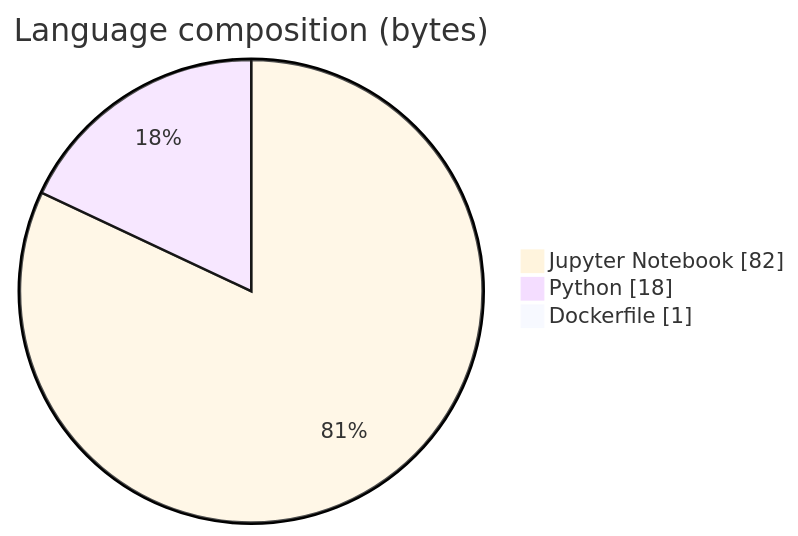
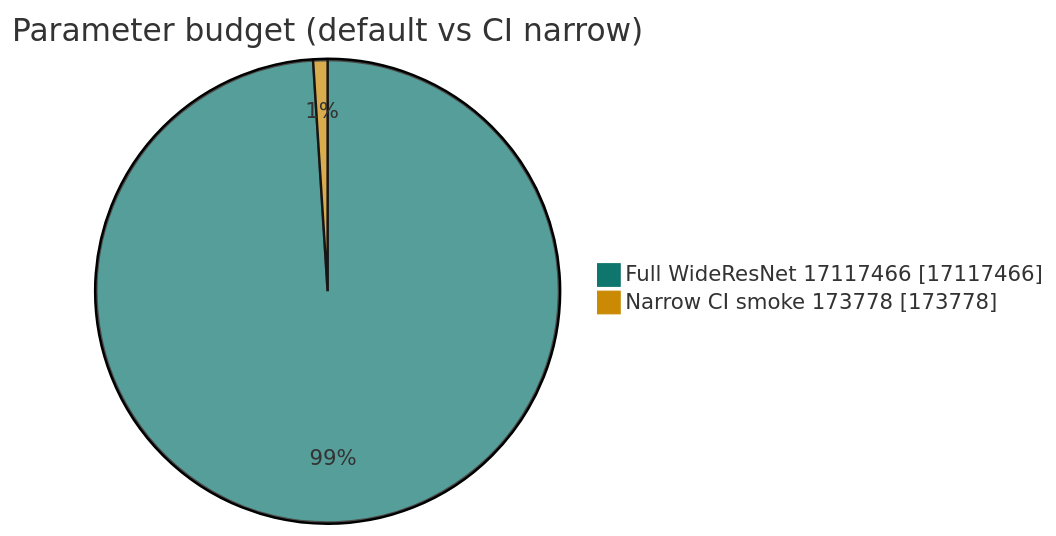
The second of 4 diagrams in README.md (ArchanaChetan07/Apparel-Image-Classification-with-WideResNet), drawn with Mermaid before and after one commit. The commit also changed other lines of this file, not shown here.

Commit message:
docs: professional WideResNet README with verified 90.5pct metrics

````diff
--- a/README.md
+++ b/README.md
@@ -66,7 +46,6 @@
 ```mermaid
-%%{init: {'theme':'base'}}%%
-pie showData title Language composition (bytes)
-    "Jupyter Notebook" : 82
-    "Python" : 18
-    "Dockerfile" : 1
+%%{init: {'theme':'base', 'themeVariables': { 'pie1':'#0F766E','pie2':'#CA8A04'}}}%%
+pie showData title Parameter budget (default vs CI narrow)
+    "Full WideResNet 17117466" : 17117466
+    "Narrow CI smoke 173778" : 173778
 ```
````
